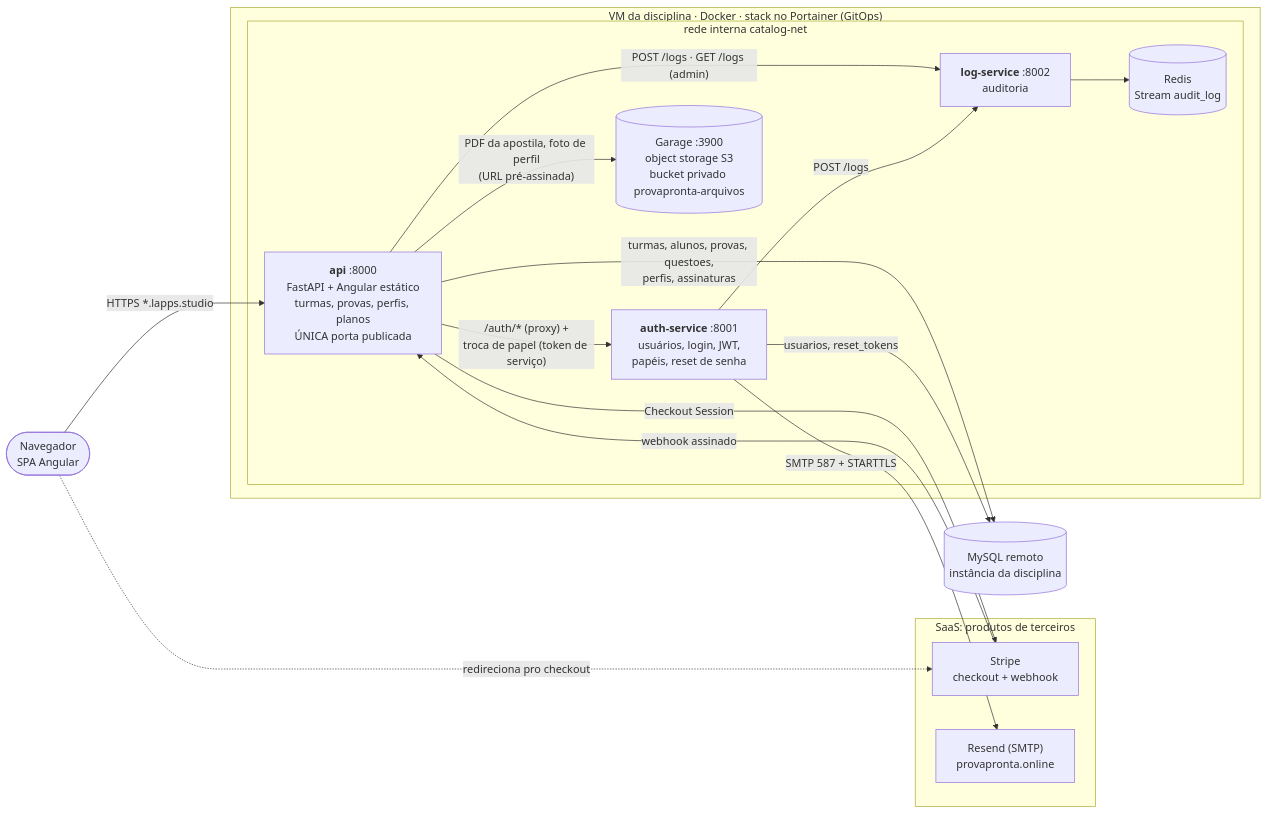
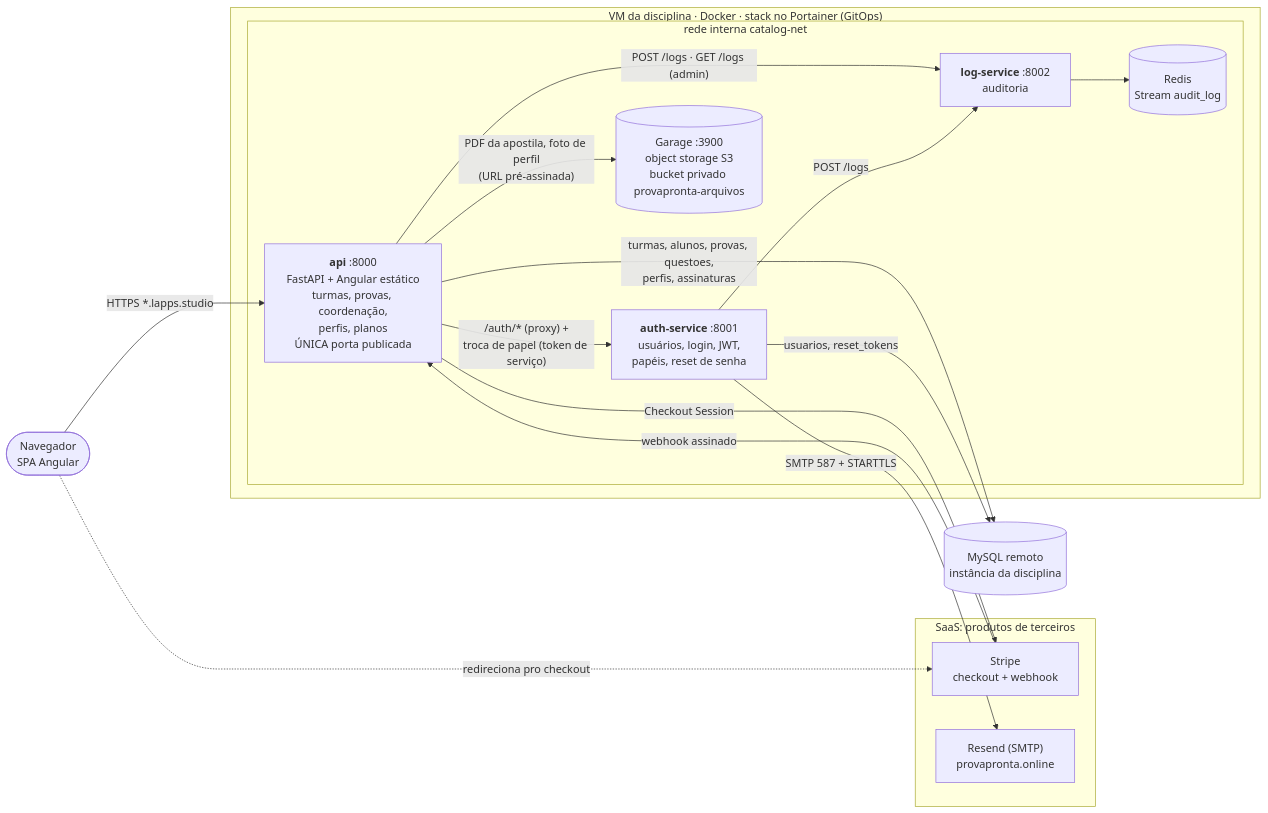
One commit to leonardoricci-tsi/ProvaPronta changed the first of 2 diagrams in README.md. Above: the diagram before and after it, drawn with Mermaid. The commit also changed other lines of this file and 29 other files, not shown here.

````diff
--- a/README.md
+++ b/README.md
@@ -74,34 +76,34 @@
 ```mermaid
 flowchart LR
     U(["Navegador<br/>SPA Angular"])
 
     subgraph SaaS["SaaS: produtos de terceiros"]
         STRIPE["Stripe<br/>checkout + webhook"]
         RESEND["Resend (SMTP)<br/>provapronta.online"]
     end
 
     subgraph VM["VM da disciplina · Docker · stack no Portainer (GitOps)"]
         subgraph NET["rede interna catalog-net"]
-            API["<b>api</b> :8000<br/>FastAPI + Angular estático<br/>turmas, provas, perfis, planos<br/>ÚNICA porta publicada"]
+            API["<b>api</b> :8000<br/>FastAPI + Angular estático<br/>turmas, provas, coordenação,<br/>perfis, planos<br/>ÚNICA porta publicada"]
             AUTH["<b>auth-service</b> :8001<br/>usuários, login, JWT,<br/>papéis, reset de senha"]
             LOG["<b>log-service</b> :8002<br/>auditoria"]
             REDIS[("Redis<br/>Stream audit_log")]
             GARAGE[("Garage :3900<br/>object storage S3<br/>bucket privado provapronta-arquivos")]
         end
     end
 
     MYSQL[("MySQL remoto<br/>instância da disciplina")]
 
     U -- "HTTPS *.lapps.studio" --> API
     U -. "redireciona pro checkout" .-> STRIPE
     STRIPE -- "webhook assinado" --> API
     API -- "Checkout Session" --> STRIPE
     API -- "/auth/* (proxy) +<br/>troca de papel (token de serviço)" --> AUTH
     API -- "POST /logs · GET /logs (admin)" --> LOG
     AUTH -- "POST /logs" --> LOG
     LOG --> REDIS
     API -- "PDF da apostila, foto de perfil<br/>(URL pré-assinada)" --> GARAGE
     AUTH -- "SMTP 587 + STARTTLS" --> RESEND
     API -- "turmas, alunos, provas, questoes,<br/>perfis, assinaturas" --> MYSQL
     AUTH -- "usuarios, reset_tokens" --> MYSQL
 ```
````
